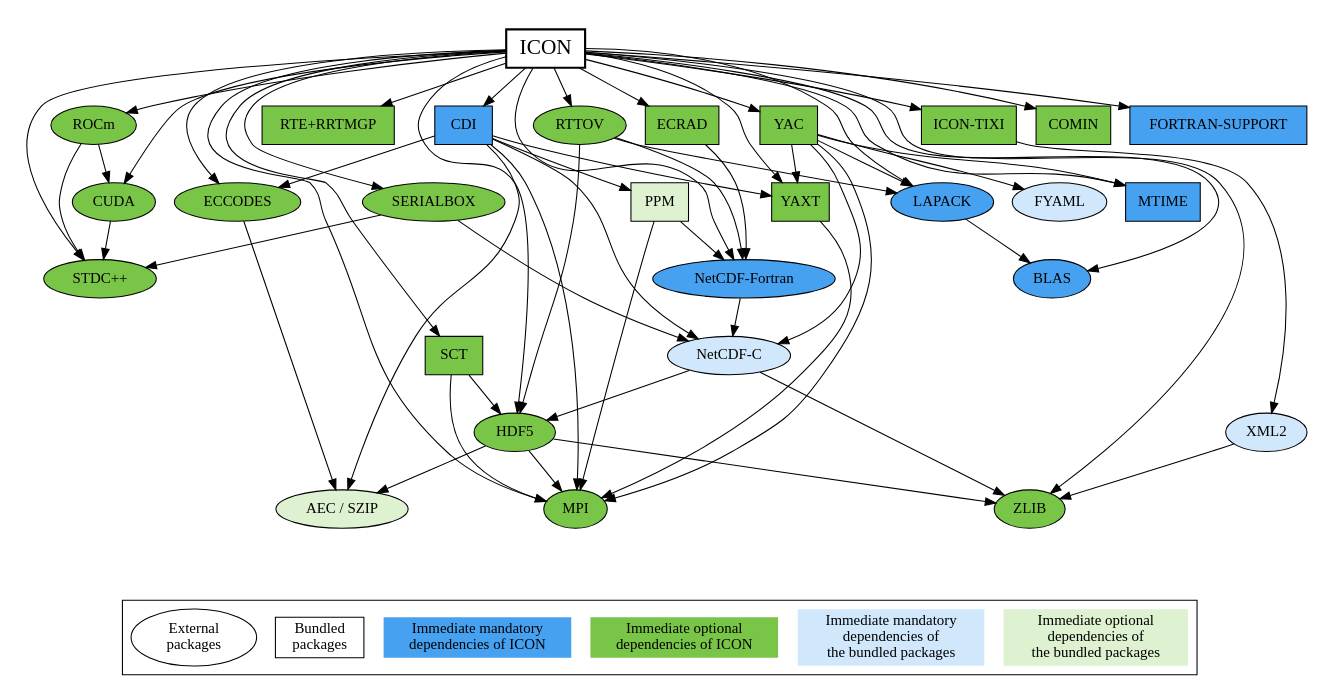
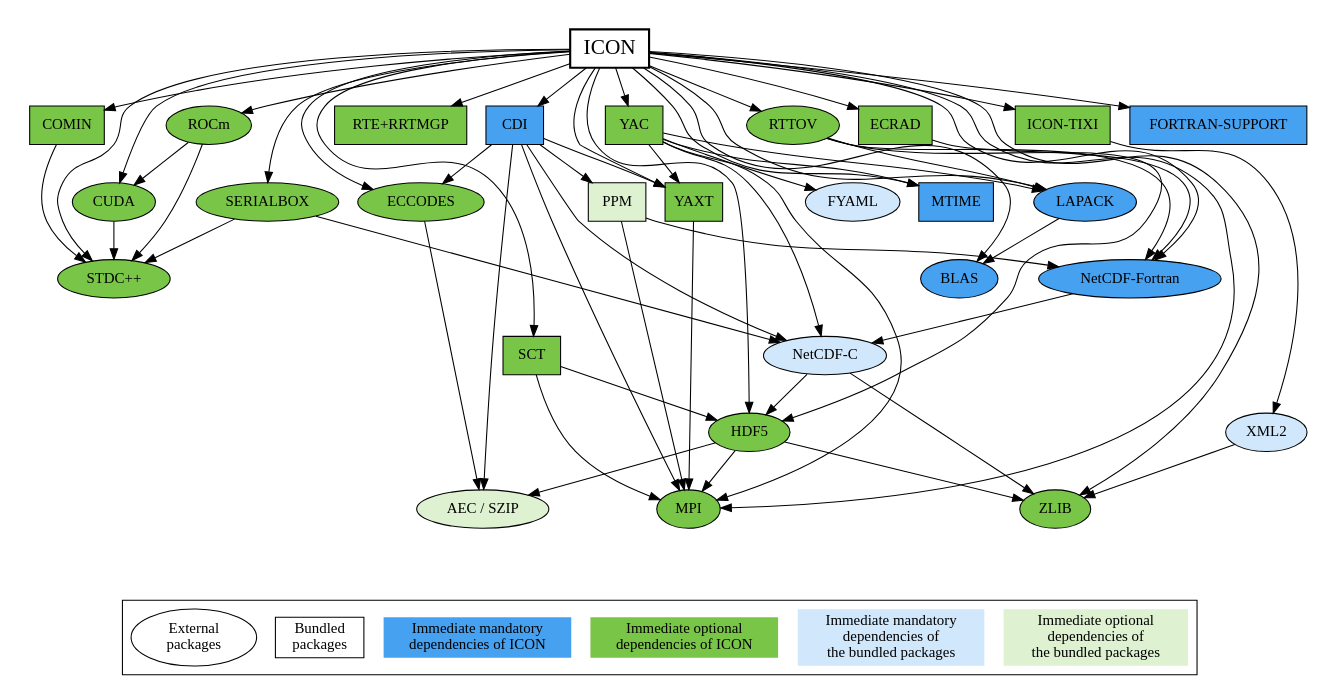
Before and after one commit to leuty/icon-model: the diagram in doc/config/icon-config-doc-depgraph.dot, drawn with Graphviz. The commit also changed 3 other files, not shown here.

```diff
--- a/doc/config/icon-config-doc-depgraph.dot
+++ b/doc/config/icon-config-doc-depgraph.dot
@@ -1,119 +1,120 @@
 // ICON
 //
 // ---------------------------------------------------------------
 // Copyright (C) 2004-2024, DWD, MPI-M, DKRZ, KIT, ETH, MeteoSwiss
 // Contact information: icon-model.org
 // See AUTHORS.TXT for a list of authors
 // See LICENSES/ for license information
 // SPDX-License-Identifier: BSD-3-Clause
 // ---------------------------------------------------------------
 
 digraph ICON {
 
 	node [style=filled; shape=oval; fillcolor="#79C547"];
 
 	subgraph clusterMain {
 
 		graph [peripheries=0];
 
 		"ICON" [shape=box; fillcolor=white; fontsize=20; penwidth=2.0];
 		"ICON" -> {"STDC++"; "CUDA"; "ROCm"; "MPI"; "ZLIB"; "HDF5";
 			       "NetCDF-Fortran"; "RTE+RRTMGP"; "ECRAD"; "BLAS";
 			       "LAPACK"; "RTTOV"; "SCT"; "YAXT"; "ECCODES";
 			       "CDI"; "SERIALBOX"; "MTIME"; "YAC"; "ICON-TIXI";
 			       "COMIN"; "FORTRAN-SUPPORT"};
 
 		"STDC++";
 
 		"CUDA";
 		"CUDA" -> {"STDC++"};
 
 		"ROCm";
 		"ROCm" -> {"STDC++"; "CUDA"};
 
 		"MPI";
 
 		"ZLIB";
 
 		"HDF5";
 		"HDF5" -> {"MPI"; "ZLIB"; "AEC / SZIP"};
 
 		"NetCDF-Fortran" [shape=oval; fillcolor="#47A1F1"]
 		"NetCDF-Fortran" -> {"NetCDF-C"};
 
 		"RTE+RRTMGP" [shape=box];
 
 		"ECRAD" [shape=box];
 		"ECRAD" -> {"NetCDF-Fortran"};
 
 		"BLAS" [fillcolor="#47A1F1"];
 
 		"LAPACK" [fillcolor="#47A1F1"];
 		"LAPACK" -> {"BLAS"};
 
 		"RTTOV";
 		"RTTOV" -> {"HDF5"; "NetCDF-Fortran"; "LAPACK"};
 
 		"SCT" [shape=box];
 		"SCT" -> {"MPI"; "HDF5"};
 
 		"YAXT" [shape=box];
 		"YAXT" -> {"MPI"};
 
 		"ECCODES";
 		"ECCODES" -> {"AEC / SZIP"};
 
 		"CDI" [shape=box; fillcolor="#47A1F1"];
 		"CDI" -> {"MPI"; "YAXT"; "ECCODES"; "AEC / SZIP"; "NetCDF-C"; "PPM"};
 
 		"SERIALBOX";
 		"SERIALBOX" -> {"STDC++"; "NetCDF-C"};
 
 		"MTIME" [shape=box; fillcolor="#47A1F1"];
 
 		"YAC" [shape=box];
 		"YAC" -> {"MPI"; "LAPACK"; "YAXT"; "MTIME"; "NetCDF-C"; "FYAML"};
 
 		"ICON-TIXI" [shape=box];
 		"ICON-TIXI" -> {"XML2"};
 
 		"COMIN" [shape=box];
+		"COMIN" -> {"STDC++"};
 
 		"FORTRAN-SUPPORT" [shape=box; fillcolor="#47A1F1"];
 
 		"AEC / SZIP" [fillcolor="#DEF1D1"];
 		"AEC / SZIP";
 
 		"NetCDF-C" [fillcolor="#D1E8FC"];
 		"NetCDF-C" -> {"ZLIB"; "HDF5"};
 
 		"PPM" [shape=box; fillcolor="#DEF1D1"];
 		"PPM" -> {"MPI"; "NetCDF-Fortran"};
 
 		"FYAML" [fillcolor="#D1E8FC"];
 		"FYAML";
 
 		"XML2" [fillcolor="#D1E8FC"];
 		"XML2" -> {"ZLIB"};
 
 		{
 			rank=sink;
 			bottomNode [shape=point; style=invis];
 		}
 	}
 
 	subgraph clusterLegend {
 		{
 			rank=same;
 			external -> bundled -> mandatoryIcon -> optionalIcon -> mandatoryBundled -> optionalBundled [style=invis];
 			external [label="External\npackages"; fillcolor=white];
 			bundled [label="Bundled\npackages"; shape=box; fillcolor=white];
 			mandatoryIcon [label="Immediate mandatory\ndependencies of ICON"; shape=plaintext; fillcolor="#47A1F1"];
 			optionalIcon [label="Immediate optional\ndependencies of ICON"; shape=plaintext];
 			mandatoryBundled [label="Immediate mandatory\ndependencies of\nthe bundled packages"; shape=plaintext; fillcolor="#D1E8FC"];
 			optionalBundled [label="Immediate optional\ndependencies of\nthe bundled packages"; shape=plaintext; fillcolor="#DEF1D1"];
 		}
 	}
 
 	bottomNode -> external:nw [style=invis];
 }
```
